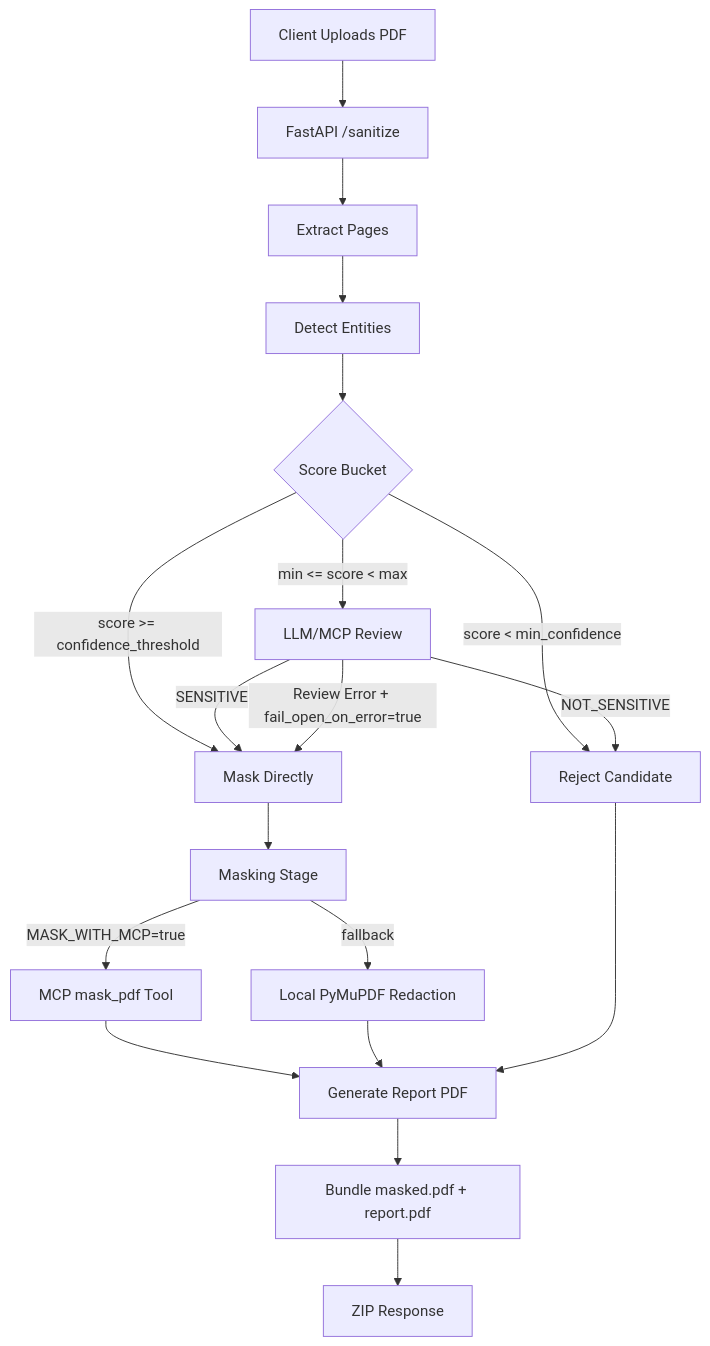
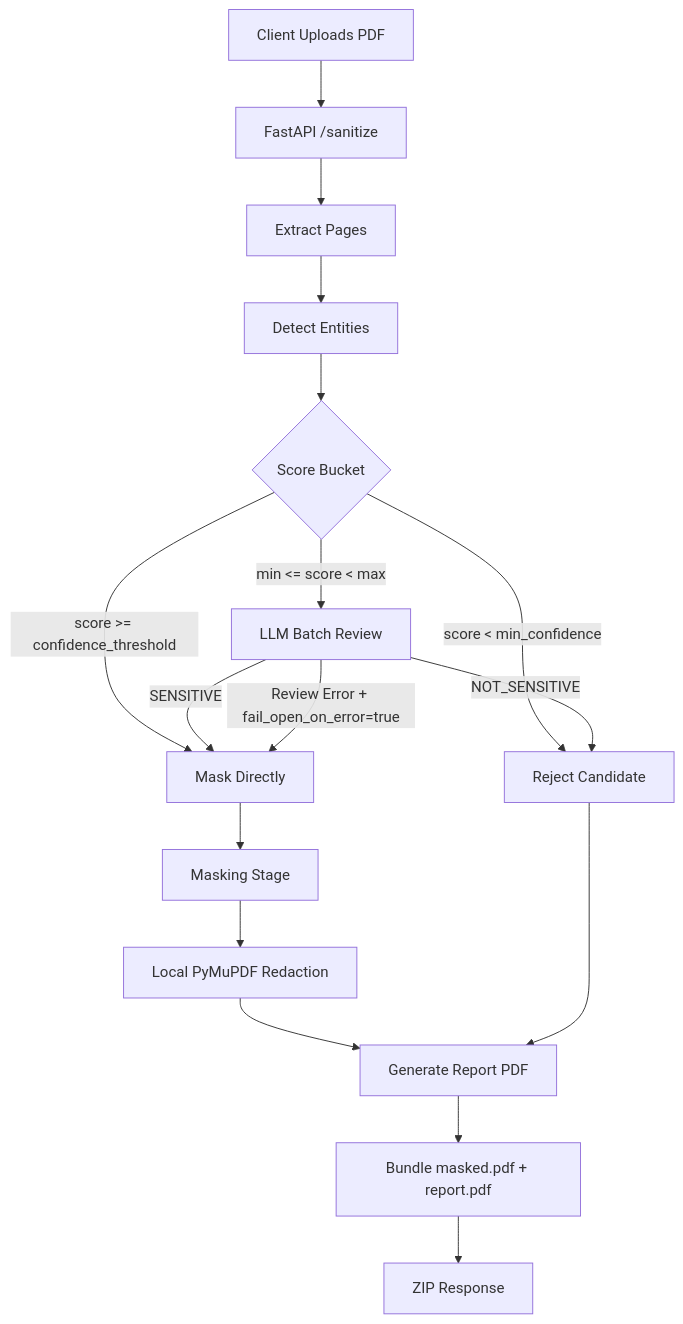
The diagram in docs/architecture.md (sanjeev1508/PII), drawn with Mermaid before and after one commit. The commit also changed other lines of this file and 22 other files, not shown here.

````diff
--- a/docs/architecture.md
+++ b/docs/architecture.md
@@ -3,26 +3,23 @@
 ```mermaid
 flowchart TD
     A[Client Uploads PDF] --> B[FastAPI /sanitize]
     B --> C[Extract Pages]
     C --> D[Detect Entities]
     D --> E{Score Bucket}
 
     E -->|score < min_confidence| F[Reject Candidate]
     E -->|score >= confidence_threshold| G[Mask Directly]
-    E -->|min <= score < max| H[LLM/MCP Review]
+    E -->|min <= score < max| H[LLM Batch Review]
 
     H -->|SENSITIVE| G
     H -->|NOT_SENSITIVE| F
     H -->|Review Error + fail_open_on_error=true| G
 
     G --> I[Masking Stage]
-    I -->|MASK_WITH_MCP=true| J[MCP mask_pdf Tool]
-    I -->|fallback| K[Local PyMuPDF Redaction]
-
-    J --> L[Generate Report PDF]
-    K --> L
+    I --> K[Local PyMuPDF Redaction]
+    K --> L[Generate Report PDF]
 
     F --> L
     L --> M[Bundle masked.pdf + report.pdf]
     M --> N[ZIP Response]
 ```
````
